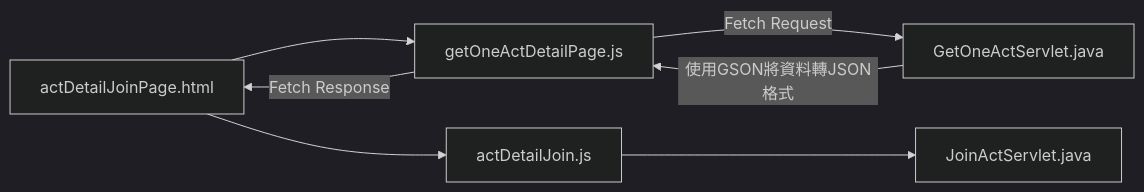
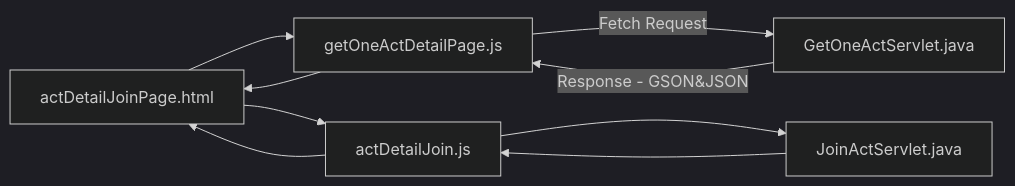
Before and after one commit to TLexYuW/CGA103G1OwnPart: the sixth of 7 diagrams in README.md, drawn with Mermaid (dark theme). The commit also changed other lines of this file, not shown here.

````diff
--- a/README.md
+++ b/README.md
@@ -86,6 +103,7 @@
 ```mermaid
 flowchart LR
 	aDJP[actDetailJoinPage.html ] --> gOADP[getOneActDetailPage.js] -->|Fetch Request| GOAS[GetOneActServlet.java]
-	GOAS -->|使用GSON將資料轉JSON格式| gOADP -->|Fetch Response| aDJP
+	GOAS -->|Response - GSON&JSON| gOADP --> aDJP
 	aDJP[actDetailJoinPage.html ] --> aDJ[actDetailJoin.js] --> JAS[JoinActServlet.java]
+	JAS --> aDJ --> aDJP
 ``` 
````
